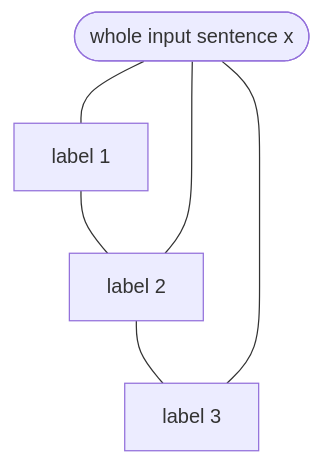
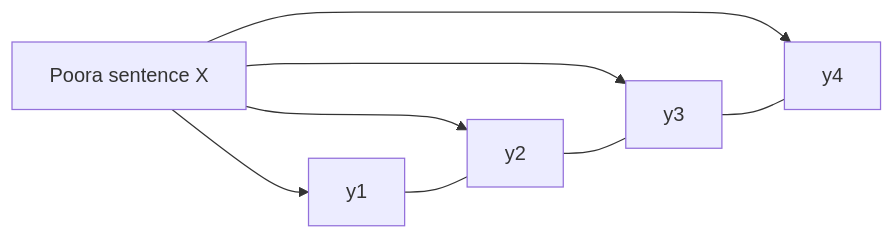
Before and after one commit to TrendySloth1001/sem-seven-notes: the diagram in content/natural-language-processing/pyq/2024-05-ce/q3b.hi.mdx, drawn with Mermaid. The commit also changed other lines of this file and 406 other files, not shown here.

````diff
--- a/content/natural-language-processing/pyq/2024-05-ce/q3b.hi.mdx
+++ b/content/natural-language-processing/pyq/2024-05-ce/q3b.hi.mdx
@@ -26,8 +19,11 @@
 ```mermaid
-%% caption: Linear-chain CRF mein har label (upar) apne neighbour se aur poore observed sentence (neeche) se juda hai. Links undirected hain, isliye model sequence ko ek piece ki tarah score karta hai.
-flowchart TB
-  Y1["label 1"] --- Y2["label 2"] --- Y3["label 3"]
-  X(["whole input sentence x"]) --- Y1
-  X --- Y2
-  X --- Y3
+%% caption: Linear-chain CRF. Har label apne padosi labels par depend karta hai aur poore input sentence X ko dekh sakta hai.
+flowchart LR
+  X["Poora sentence X"] --> Y1["y1"]
+  X --> Y2["y2"]
+  X --> Y3["y3"]
+  X --> Y4["y4"]
+  Y1 --- Y2
+  Y2 --- Y3
+  Y3 --- Y4
 ```
````
